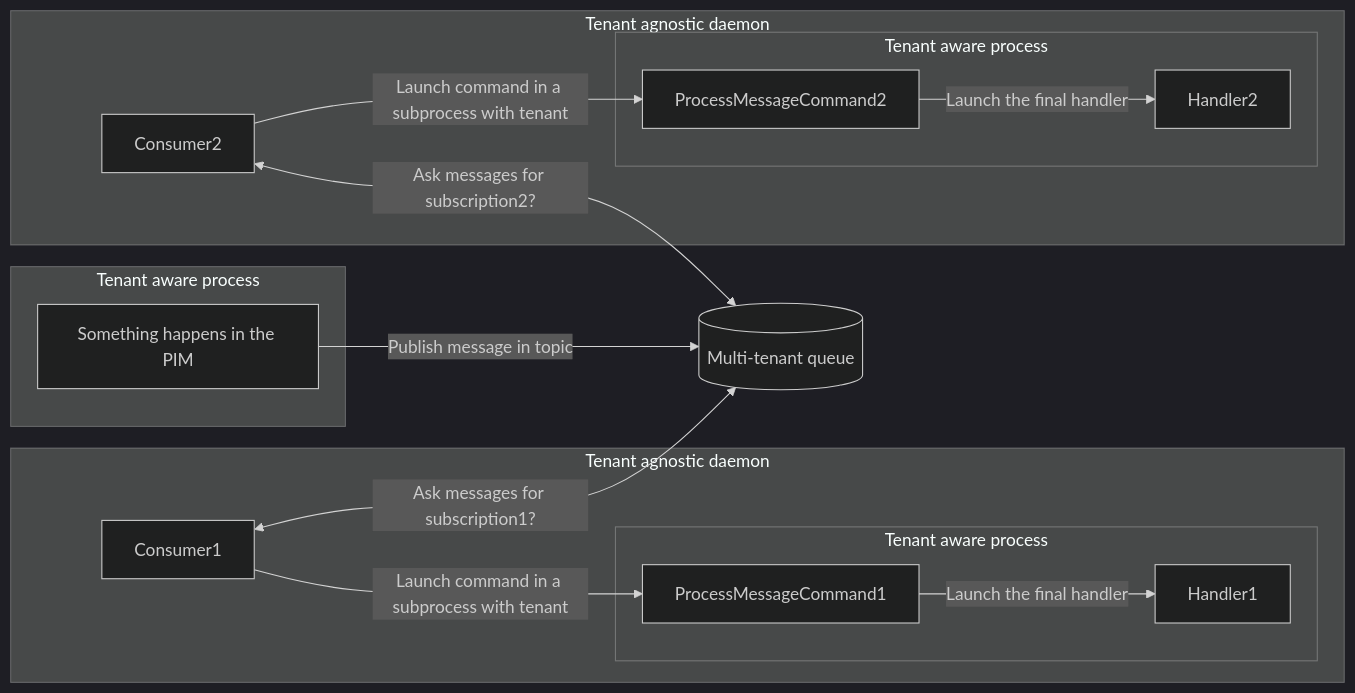
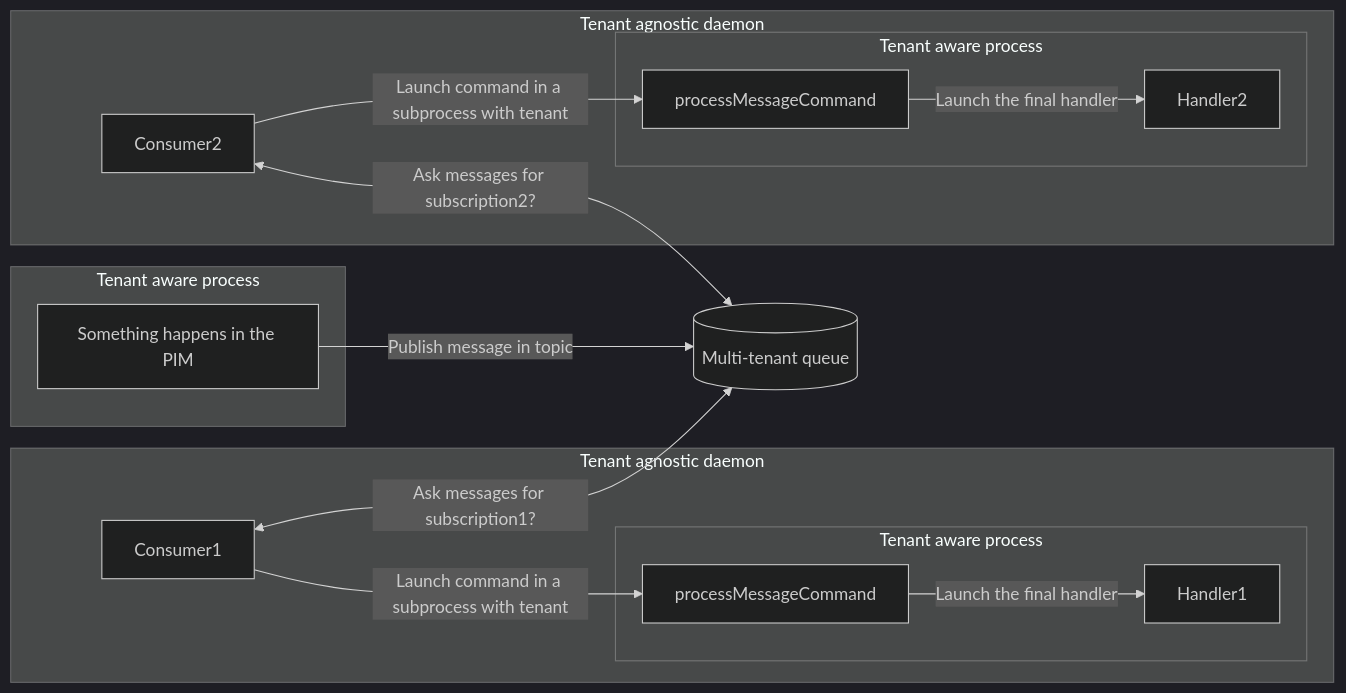
One commit to akeneo/pim-community-dev changed the diagram in components/messaging/README.md. Above: the diagram before and after it, drawn with Mermaid (dark theme). The commit also changed other lines of this file, not shown here.

````diff
--- a/components/messaging/README.md
+++ b/components/messaging/README.md
@@ -19,21 +19,21 @@
 ```mermaid
 flowchart LR
     subgraph Tenant aware process
         action[Something happens in the PIM]
     end
     action -- Publish message in topic --> queue[(Multi-tenant queue)]
     Consumer1 <-- Ask messages for subscription1? --> queue
     subgraph Tenant agnostic daemon
-        Consumer1 -- Launch command in a subprocess with tenant --> ProcessMessageCommand1
+        Consumer1 -- Launch command in a subprocess with tenant --> pmc1[processMessageCommand]
         subgraph Tenant aware process
-            ProcessMessageCommand1 -- Launch the final handler --> Handler1
+            pmc1[processMessageCommand] -- Launch the final handler --> Handler1
         end
     end
     Consumer2 <-- Ask messages for subscription2? --> queue
     subgraph Tenant agnostic daemon
-        Consumer2 -- Launch command in a subprocess with tenant --> ProcessMessageCommand2
+        Consumer2 -- Launch command in a subprocess with tenant --> pmc2[processMessageCommand]
         subgraph Tenant aware process
-            ProcessMessageCommand2 -- Launch the final handler --> Handler2
+            pmc2[processMessageCommand] -- Launch the final handler --> Handler2
         end
     end
 ```
````
